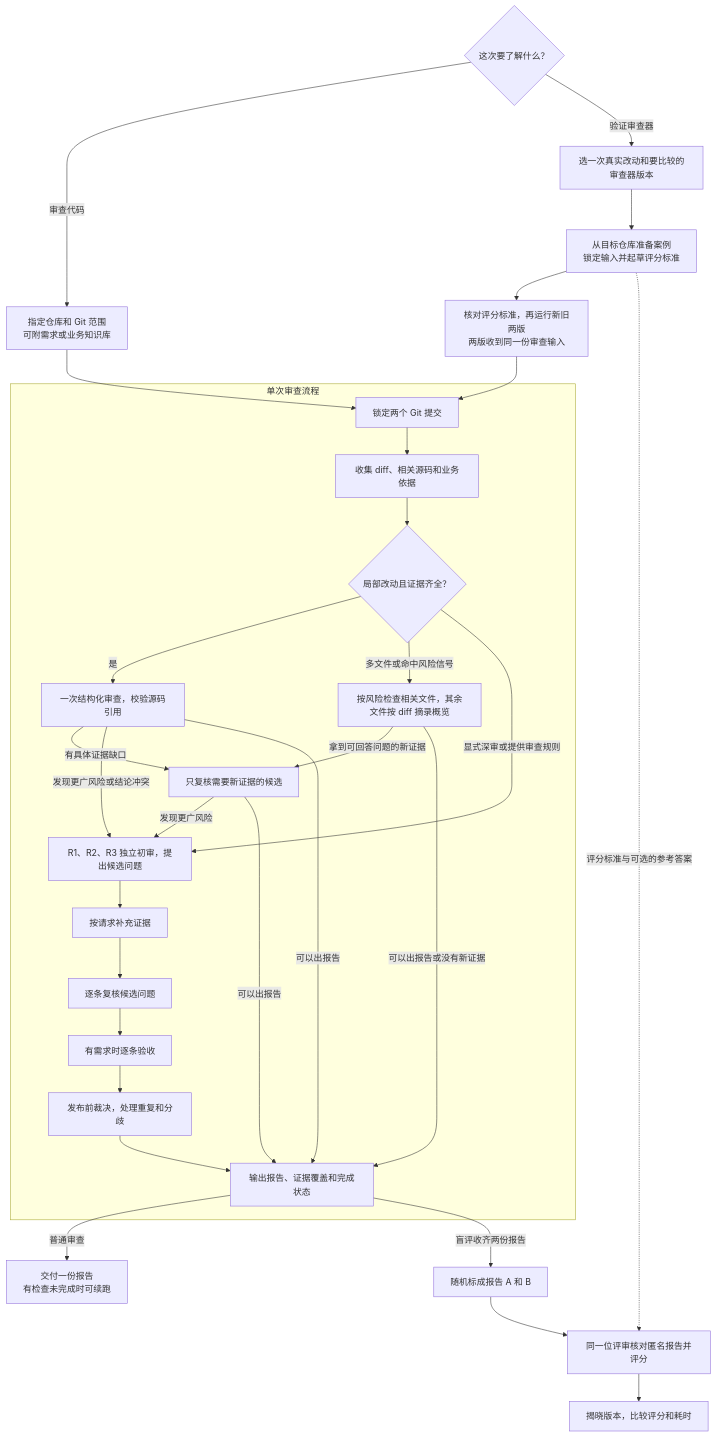
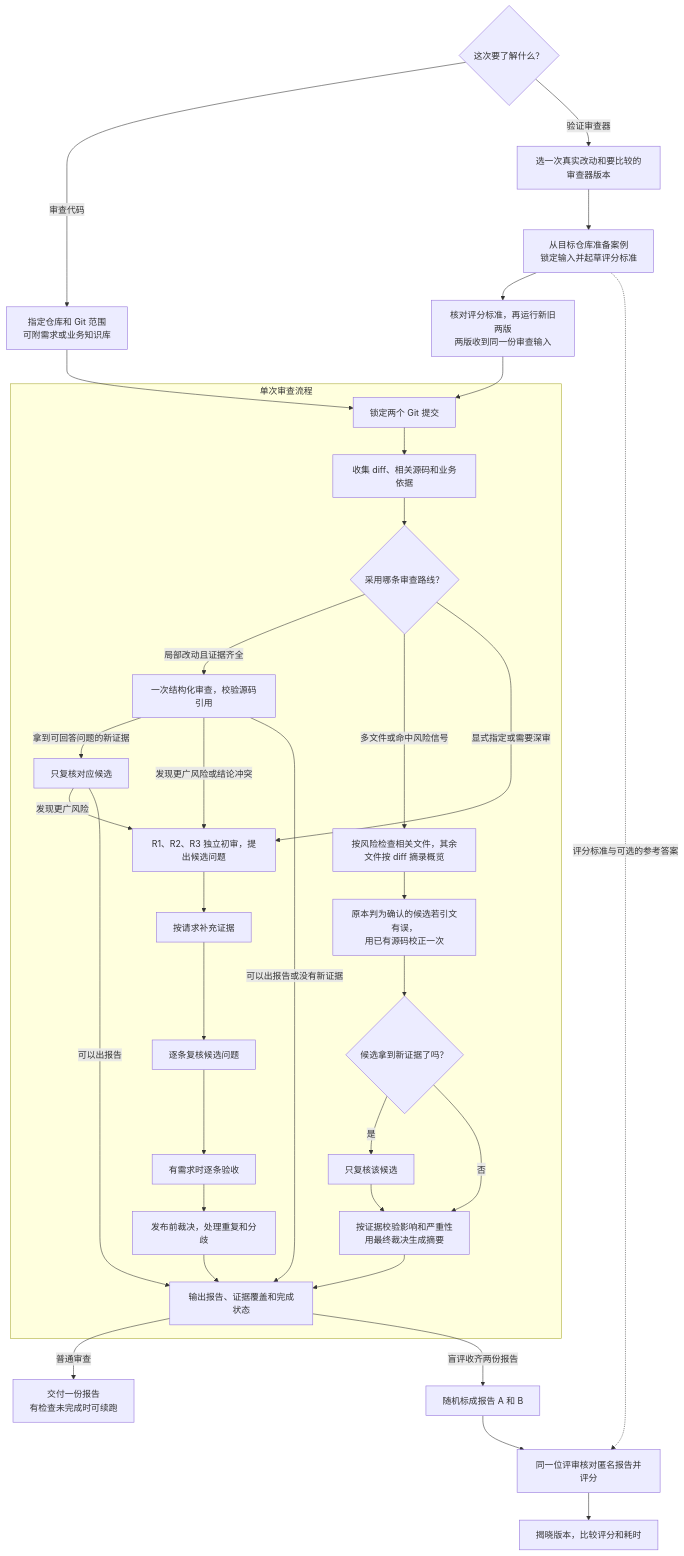
One commit to graham-gc/repo-aware-reviewer changed the diagram in README.zh-CN.md. Above: the diagram before and after it, drawn with Mermaid. The commit also changed 1 other file, not shown here.

Commit message:
docs: clarify the scoped review flow

````diff
--- a/README.zh-CN.md
+++ b/README.zh-CN.md
@@ -42,36 +42,40 @@
 ```mermaid
 flowchart TD
     S{"这次要了解什么？"}
     S -->|审查代码| R["指定仓库和 Git 范围<br/>可附需求或业务知识库"]
     S -->|验证审查器| E["选一次真实改动和要比较的审查器版本"]
     E --> C["从目标仓库准备案例<br/>锁定输入并起草评分标准"]
     C --> B["核对评分标准，再运行新旧两版<br/>两版收到同一份审查输入"]
 
     subgraph REVIEW["单次审查流程"]
         P1["锁定两个 Git 提交"] --> P2["收集 diff、相关源码和业务依据"]
-        P2 --> Q{"局部改动且证据齐全？"}
-        Q -->|是| L["一次结构化审查，校验源码引用"]
+        P2 --> Q{"采用哪条审查路线？"}
+        Q -->|局部改动且证据齐全| L["一次结构化审查，校验源码引用"]
         Q -->|多文件或命中风险信号| F["按风险检查相关文件，其余文件按 diff 摘录概览"]
-        Q -->|显式深审或提供审查规则| P3["R1、R2、R3 独立初审，提出候选问题"]
-        F -->|拿到可回答问题的新证据| T
-        F -->|可以出报告或没有新证据| P8
-        L -->|有具体证据缺口| T["只复核需要新证据的候选"]
+        Q -->|显式指定或需要深审| P3["R1、R2、R3 独立初审，提出候选问题"]
+        F --> FC["原本判为确认的候选若引文有误，<br/>用已有源码校正一次"]
+        FC --> FN{"候选拿到新证据了吗？"}
+        FN -->|是| FV["只复核该候选"]
+        FN -->|否| FP["按证据校验影响和严重性<br/>用最终裁决生成摘要"]
+        FV --> FP
+        FP --> P8
+        L -->|拿到可回答问题的新证据| T["只复核对应候选"]
         L -->|发现更广风险或结论冲突| P3
         T -->|发现更广风险| P3
-        L -->|可以出报告| P8
+        L -->|可以出报告或没有新证据| P8
         T -->|可以出报告| P8
         P3 --> P4["按请求补充证据"]
         P4 --> P5["逐条复核候选问题"]
         P5 --> P6["有需求时逐条验收"]
         P6 --> P7["发布前裁决，处理重复和分歧"]
         P7 --> P8["输出报告、证据覆盖和完成状态"]
     end
 
     R --> P1
     B --> P1
     P8 -->|普通审查| O["交付一份报告<br/>有检查未完成时可续跑"]
     P8 -->|盲评收齐两份报告| A["随机标成报告 A 和 B"]
     C -.->|评分标准与可选的参考答案| J["同一位评审核对匿名报告并评分"]
     A --> J
     J --> D["揭晓版本，比较评分和耗时"]
 ```
````
